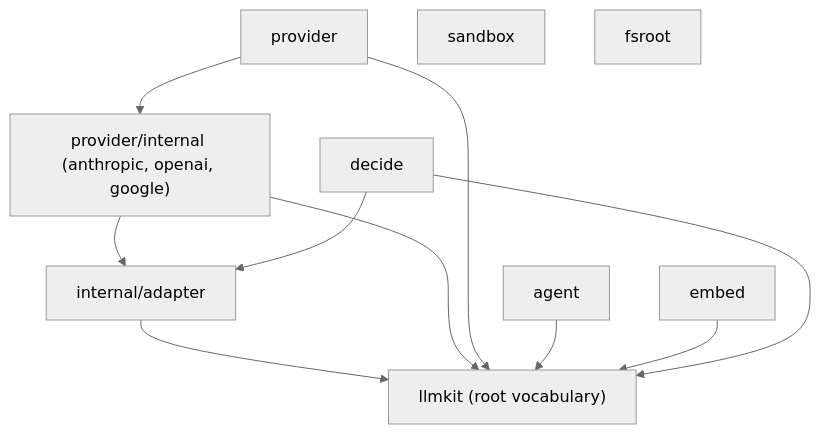
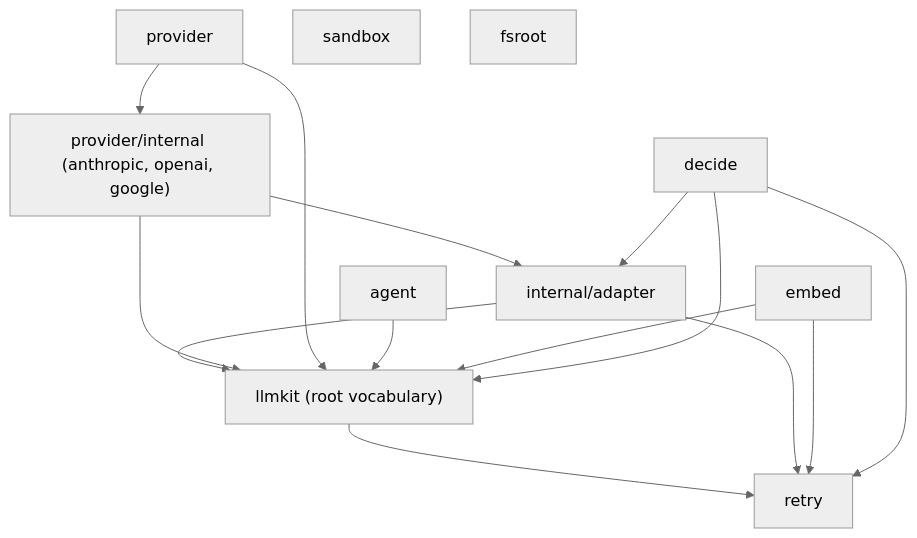
The diagram in docs/design.md (dpoage/llmkit), drawn with Mermaid (neutral theme) before and after one commit. The commit also changed other lines of this file and 30 other files, not shown here.

````diff
--- a/docs/design.md
+++ b/docs/design.md
@@ -12,15 +12,20 @@
 ```mermaid
 flowchart TD
     AGENT["agent"]
     PROV["provider"] --> ADAPTERS["provider/internal (anthropic, openai, google)"]
     ADAPTERS --> IA["internal/adapter"]
     IA --> ROOT["llmkit (root vocabulary)"]
     ADAPTERS --> ROOT
     PROV --> ROOT
     AGENT --> ROOT
     EMBED["embed"] --> ROOT
     DECIDE["decide"] --> ROOT
     DECIDE --> IA
+    RETRY["retry"]
+    ROOT --> RETRY
+    IA --> RETRY
+    EMBED --> RETRY
+    DECIDE --> RETRY
     SANDBOX["sandbox"]
     FSROOT["fsroot"]
 ```
````
